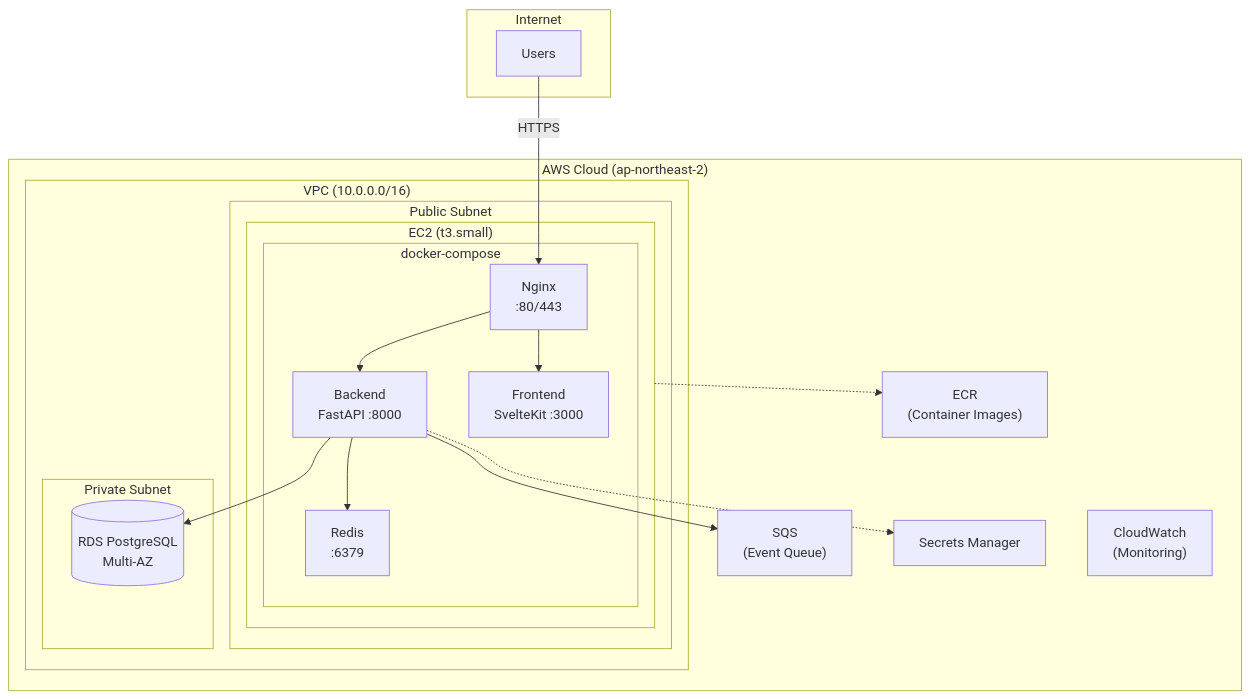
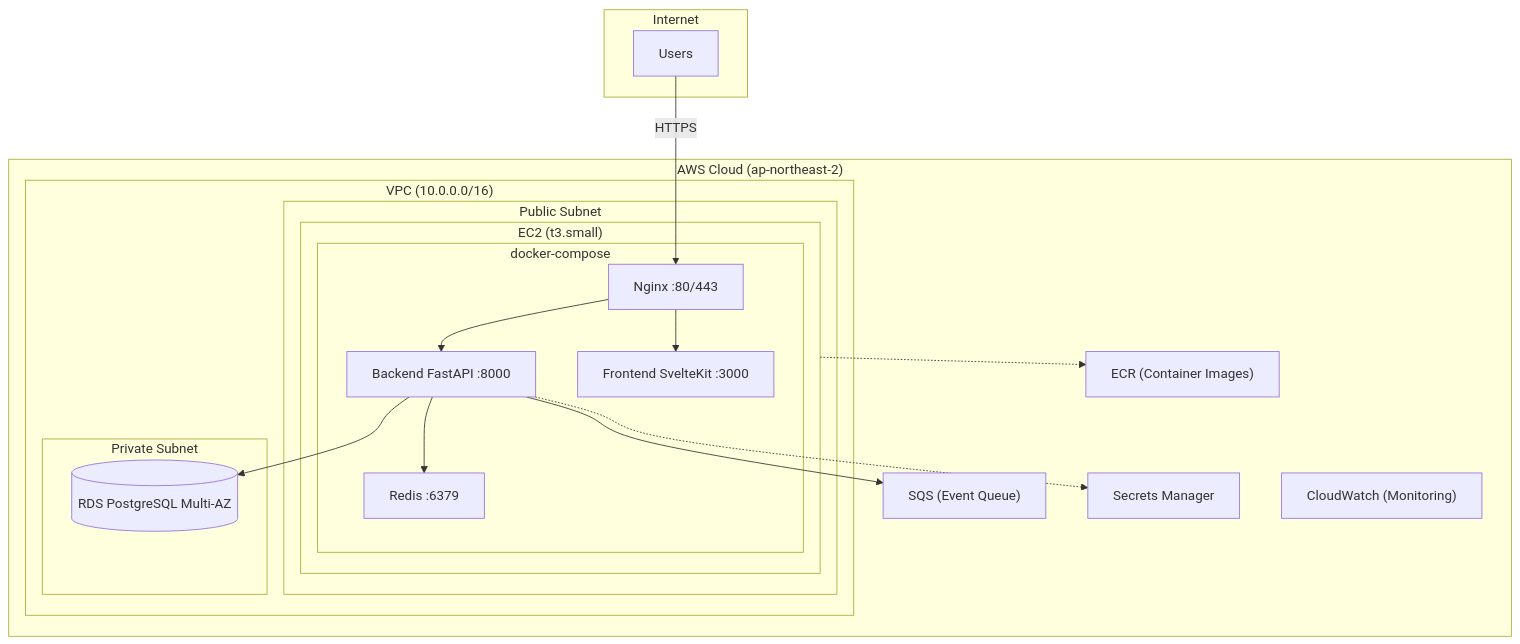
Before and after one commit to Sogang-Computer-Club/sogangcomputerclub.org: the first of 3 diagrams in README.md, drawn with Mermaid. The commit also changed other lines of this file and 1 other file, not shown here.

Commit message:
fix: Mermaid 구문 수정

````diff
--- a/README.md
+++ b/README.md
@@ -26,39 +26,39 @@
 ```mermaid
 flowchart TB
     subgraph Internet
         Users[Users]
     end
 
     subgraph AWS["AWS Cloud (ap-northeast-2)"]
         subgraph VPC["VPC (10.0.0.0/16)"]
             subgraph PublicSubnet["Public Subnet"]
                 subgraph EC2["EC2 (t3.small)"]
                     subgraph Docker["docker-compose"]
-                        Nginx["Nginx\n:80/443"]
-                        Backend["Backend\nFastAPI :8000"]
-                        Frontend["Frontend\nSvelteKit :3000"]
-                        Redis["Redis\n:6379"]
+                        Nginx["Nginx :80/443"]
+                        Backend["Backend FastAPI :8000"]
+                        Frontend["Frontend SvelteKit :3000"]
+                        Redis["Redis :6379"]
                     end
                 end
             end
 
             subgraph PrivateSubnet["Private Subnet"]
-                RDS[("RDS PostgreSQL\nMulti-AZ")]
+                RDS[("RDS PostgreSQL Multi-AZ")]
             end
         end
 
-        ECR["ECR\n(Container Images)"]
-        SQS["SQS\n(Event Queue)"]
+        ECR["ECR (Container Images)"]
+        SQS["SQS (Event Queue)"]
         Secrets["Secrets Manager"]
-        CloudWatch["CloudWatch\n(Monitoring)"]
+        CloudWatch["CloudWatch (Monitoring)"]
     end
 
     Users -->|HTTPS| Nginx
     Nginx --> Backend
     Nginx --> Frontend
     Backend --> Redis
     Backend --> RDS
     Backend --> SQS
     Backend -.-> Secrets
     EC2 -.-> ECR
 ```
````
